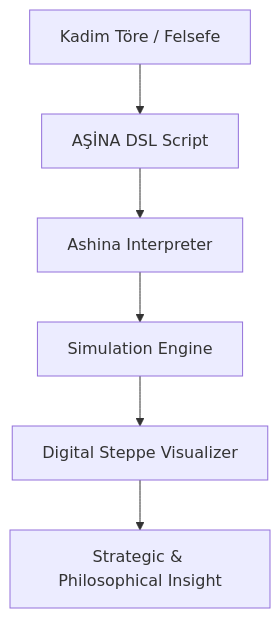
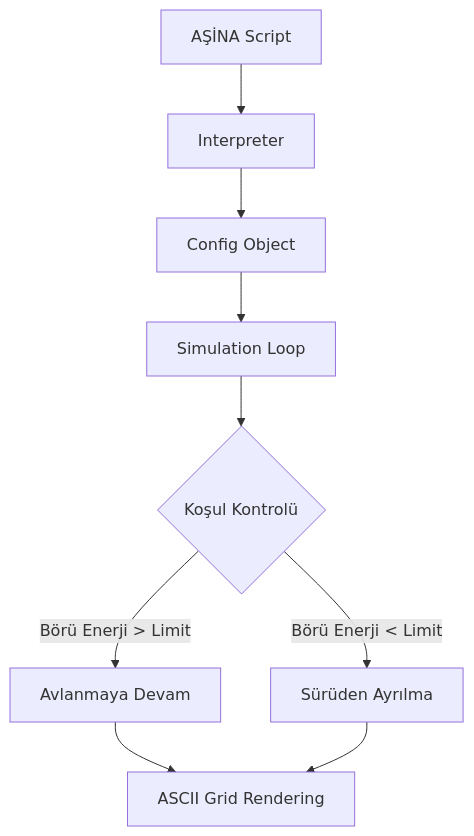
Before and after one commit to arch-yunus/BORI-LOGIC: the diagram in README.md, drawn with Mermaid. The commit also changed other lines of this file, not shown here.

````diff
--- a/README.md
+++ b/README.md
@@ -49,8 +76,11 @@
 ```mermaid
 graph TD
-    Tore[Kadim Töre / Felsefe] --> Ashina[AŞİNA DSL Script]
-    Ashina --> Interp[Ashina Interpreter]
-    Interp --> Engine[Simulation Engine]
-    Engine --> Steppe[Digital Steppe Visualizer]
-    Steppe --> Insight[Strategic & Philosophical Insight]
+    A[AŞİNA Script] --> B[Interpreter]
+    B --> C[Config Object]
+    C --> D[Simulation Loop]
+    D --> E{Koşul Kontrolü}
+    E -->|Börü Enerji > Limit| F[Avlanmaya Devam]
+    E -->|Börü Enerji < Limit| G[Sürüden Ayrılma]
+    F --> H[ASCII Grid Rendering]
+    G --> H
 ```
````
